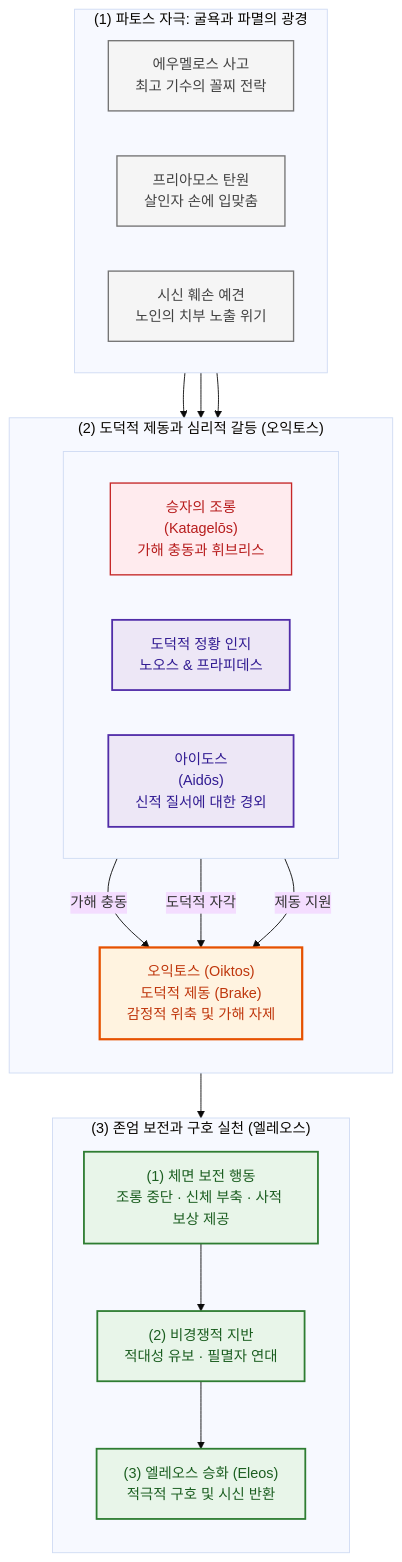
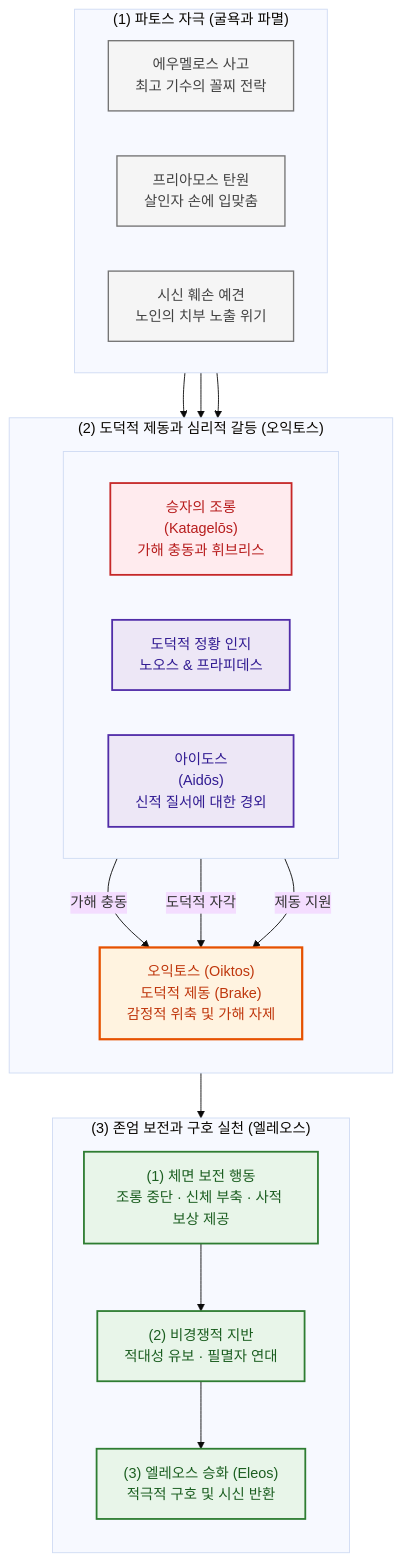
Before and after one commit to YgHnSIM/Homer_wiki: the diagram in wiki/concepts/concept-oiktos.md, drawn with Mermaid (base theme). The commit also changed 2 other files, not shown here.

Commit message:
fix(concepts): concept-oiktos 머메이드 타이틀 클리핑 해결 및 실선 박스 적용

````diff
--- a/wiki/concepts/concept-oiktos.md
+++ b/wiki/concepts/concept-oiktos.md
@@ -129,49 +129,49 @@
 ```mermaid
 flowchart TD
     %% 스타일 정의
     classDef core fill:#FFF3E0,stroke:#E65100,stroke-width:2.5px,color:#BF360C;
     classDef norm fill:#EDE7F6,stroke:#512DA8,stroke-width:2px,color:#311B92;
-    classDef oppose fill:#FFEBEE,stroke:#C62828,stroke-width:1.5px,color:#B71C1C;
+    classDef oppose fill:#FFEBEE,stroke:#C62828,stroke-width:2px,color:#B71C1C;
     classDef action fill:#E8F5E9,stroke:#2E7D32,stroke-width:2px,color:#1B5E20;
     classDef event fill:#F5F5F5,stroke:#757575,stroke-width:1.5px,color:#424242;
 
     %% 1. 파토스 자극
-    subgraph S1 ["(1) 파토스 자극: 굴욕과 파멸의 광경"]
+    subgraph S1 ["(1) 파토스 자극 (굴욕과 파멸)"]
         direction LR
         E1["에우멜로스 사고<br/>최고 기수의 꼴찌 전락"]:::event
         E2["프리아모스 탄원<br/>살인자 손에 입맞춤"]:::event
         E3["시신 훼손 예견<br/>노인의 치부 노출 위기"]:::event
     end
 
     %% 2. 도덕적 제동과 심리적 갈등
     subgraph S2 ["(2) 도덕적 제동과 심리적 갈등 (오익토스)"]
         direction TB
         subgraph S2_Top [" "]
             direction LR
             OPP["승자의 조롱<br/>(Katagelōs)<br/>가해 충동과 휘브리스"]:::oppose
             COG["도덕적 정황 인지<br/>노오스 & 프라피데스"]:::norm
             AID["아이도스<br/>(Aidōs)<br/>신적 질서에 대한 경외"]:::norm
         end
 
         OIK["오익토스 (Oiktos)<br/>도덕적 제동 (Brake)<br/>감정적 위축 및 가해 자제"]:::core
 
         OPP -->|"가해 충동"| OIK
         COG -->|"도덕적 자각"| OIK
         AID -->|"제동 지원"| OIK
     end
 
     %% 3. 실천과 승화
     subgraph S3 ["(3) 존엄 보전과 구호 실천 (엘레오스)"]
         direction TB
         ACT["(1) 체면 보전 행동<br/>조롱 중단 · 신체 부축 · 사적 보상 제공"]:::action
         MED["(2) 비경쟁적 지반<br/>적대성 유보 · 필멸자 연대"]:::action
         ELE["(3) 엘레오스 승화 (Eleos)<br/>적극적 구호 및 시신 반환"]:::action
 
         ACT --> MED
         MED --> ELE
     end
 
     %% 단계 간 연결
     E1 & E2 & E3 --> COG
     OIK --> ACT
 ```
````
